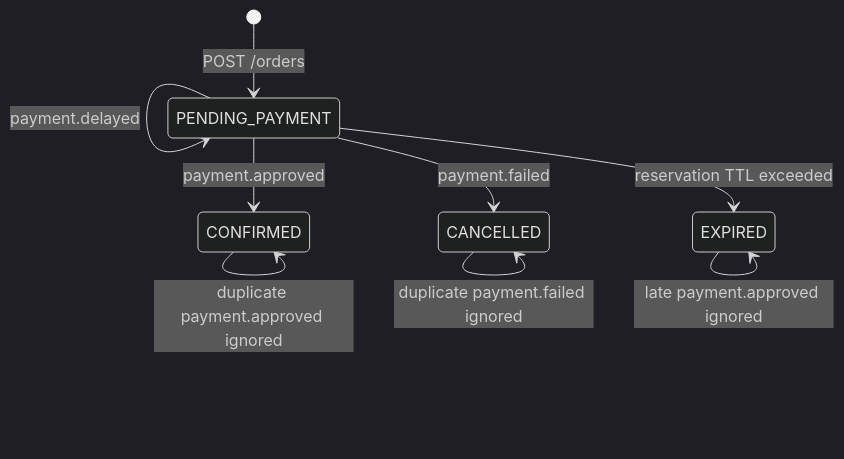
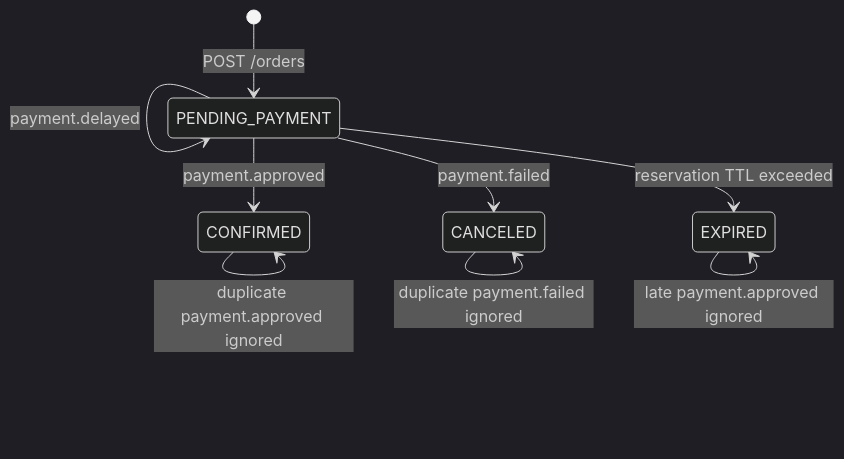
The second of 2 diagrams in scenarios/payment-failure/00-detailed-design.md (Medikong/archive), drawn with Mermaid (dark theme) before and after one commit. The commit also changed other lines of this file and 32 other files, not shown here.

````diff
--- a/scenarios/payment-failure/00-detailed-design.md
+++ b/scenarios/payment-failure/00-detailed-design.md
@@ -152,11 +154,11 @@
 ```mermaid
 stateDiagram-v2
     [*] --> PENDING_PAYMENT: POST /orders
     PENDING_PAYMENT --> CONFIRMED: payment.approved
-    PENDING_PAYMENT --> CANCELLED: payment.failed
+    PENDING_PAYMENT --> CANCELED: payment.failed
     PENDING_PAYMENT --> PENDING_PAYMENT: payment.delayed
     PENDING_PAYMENT --> EXPIRED: reservation TTL exceeded
     EXPIRED --> EXPIRED: late payment.approved ignored
-    CANCELLED --> CANCELLED: duplicate payment.failed ignored
+    CANCELED --> CANCELED: duplicate payment.failed ignored
     CONFIRMED --> CONFIRMED: duplicate payment.approved ignored
 ```
````
